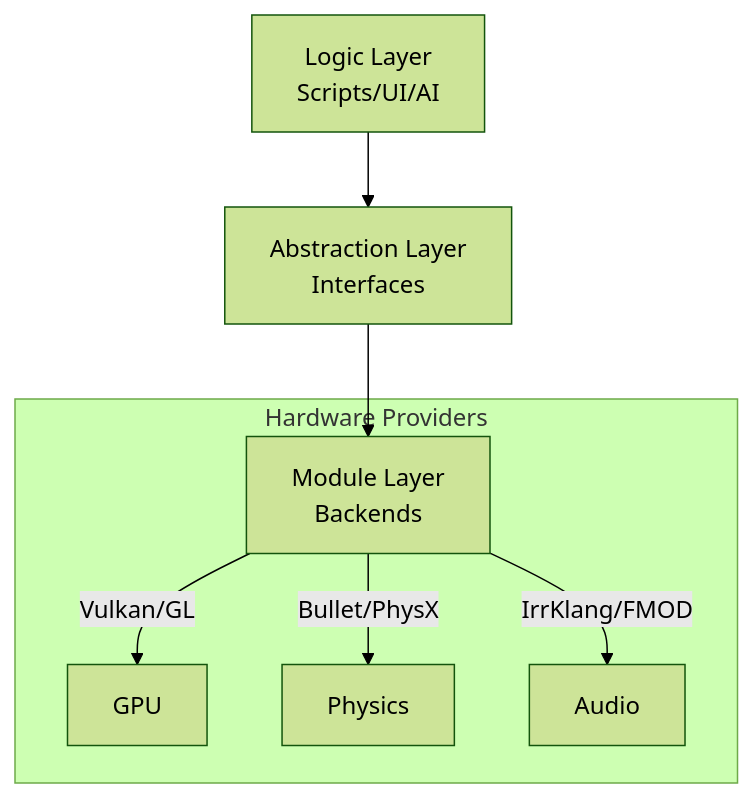
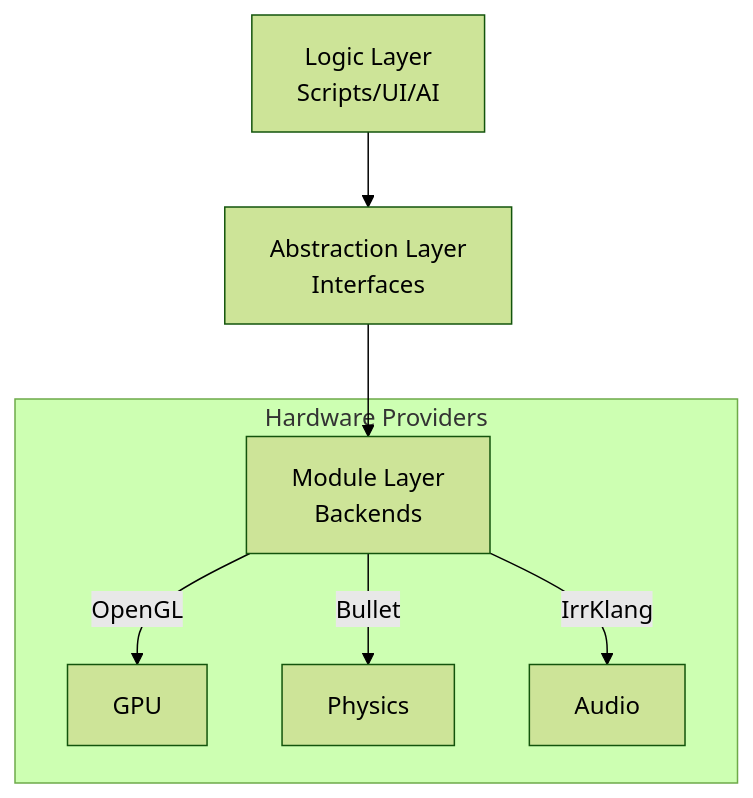
One commit to ItsK4tune/AxisEngine changed the diagram in README.md. Above: the diagram before and after it, drawn with Mermaid (forest theme). The commit also changed other lines of this file and 61 other files, not shown here.

````diff
--- a/README.md
+++ b/README.md
@@ -223,11 +223,11 @@
 ```mermaid
 graph TD
     Logic[Logic Layer<br/>Scripts/UI/AI] --> Interface[Abstraction Layer<br/>Interfaces]
     Interface --> Backend[Module Layer<br/>Backends]
     
     subgraph "Hardware Providers"
-        Backend -- Vulkan/GL --> GPU
-        Backend -- Bullet/PhysX --> Physics
-        Backend -- IrrKlang/FMOD --> Audio
+        Backend -- OpenGL --> GPU
+        Backend -- Bullet --> Physics
+        Backend -- IrrKlang --> Audio
     end
 ```
````
